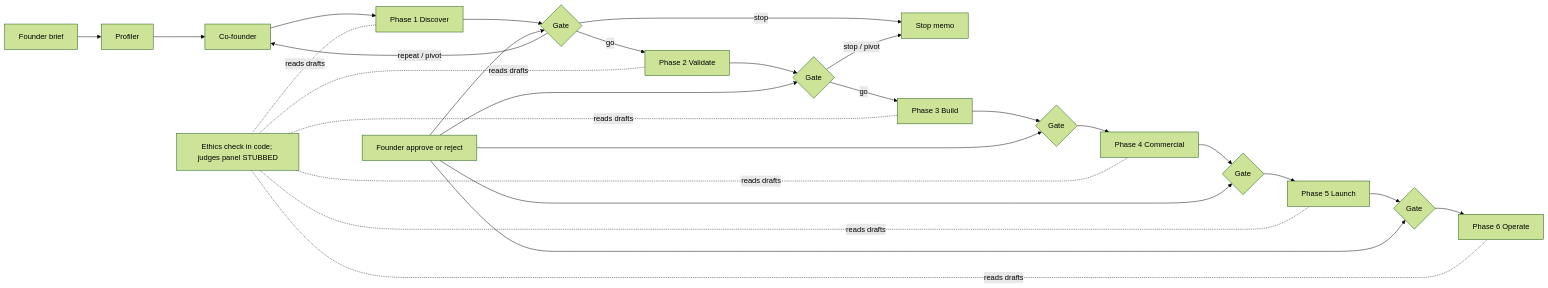
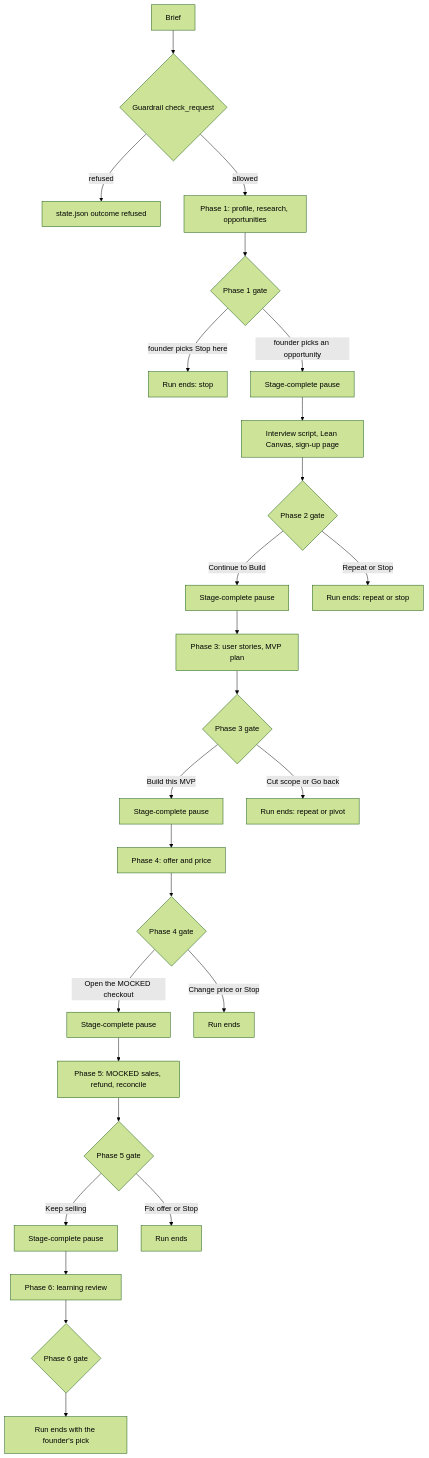
Before and after one commit to abdullah-ax/KAYA: the first of 3 diagrams in ARCHITECTURE.md, drawn with Mermaid (forest theme). The commit also changed other lines of this file, not shown here.

Commit message:
docs: rewrite ARCHITECTURE to match the code for all six phases

````diff
--- a/ARCHITECTURE.md
+++ b/ARCHITECTURE.md
@@ -7,16 +7,23 @@
 ```mermaid
-flowchart LR
-  B[Founder brief] --> P[Profiler]
-  P --> C[Co-founder]
-  C --> D[Phase 1 Discover]
-  D --> G1{Gate}
-  G1 -- go --> V[Phase 2 Validate]
-  G1 -- repeat / pivot --> C
-  G1 -- stop --> X[Stop memo]
-  V --> G2{Gate}
-  G2 -- go --> BU[Phase 3 Build]
-  G2 -- stop / pivot --> X
-  BU --> G3{Gate} --> CS[Phase 4 Commercial] --> G4{Gate} --> L[Phase 5 Launch] --> G5{Gate} --> O[Phase 6 Operate]
-  J[Ethics check in code; judges panel STUBBED] -. reads drafts .- D & V & BU & CS & L & O
-  F[Founder approve or reject] --> G1 & G2 & G3 & G4 & G5
+flowchart TD
+  B[Brief] --> GR{Guardrail check_request}
+  GR -- refused --> R[state.json outcome refused]
+  GR -- allowed --> P1[Phase 1: profile, research, opportunities]
+  P1 --> G1{Phase 1 gate}
+  G1 -- founder picks Stop here --> X[Run ends: stop]
+  G1 -- founder picks an opportunity --> L1[Stage-complete pause]
+  L1 --> P2[Interview script, Lean Canvas, sign-up page]
+  P2 --> G2{Phase 2 gate}
+  G2 -- Continue to Build --> L2[Stage-complete pause] --> P3[Phase 3: user stories, MVP plan]
+  G2 -- Repeat or Stop --> X2[Run ends: repeat or stop]
+  P3 --> G3{Phase 3 gate}
+  G3 -- Build this MVP --> L3[Stage-complete pause] --> P4[Phase 4: offer and price]
+  G3 -- Cut scope or Go back --> X3[Run ends: repeat or pivot]
+  P4 --> G4{Phase 4 gate}
+  G4 -- Open the MOCKED checkout --> L4[Stage-complete pause] --> P5[Phase 5: MOCKED sales, refund, reconcile]
+  G4 -- Change price or Stop --> X4[Run ends]
+  P5 --> G5{Phase 5 gate}
+  G5 -- Keep selling --> L5[Stage-complete pause] --> P6[Phase 6: learning review]
+  G5 -- Fix offer or Stop --> X5[Run ends]
+  P6 --> G6{Phase 6 gate} --> E[Run ends with the founder's pick]
 ```
````
